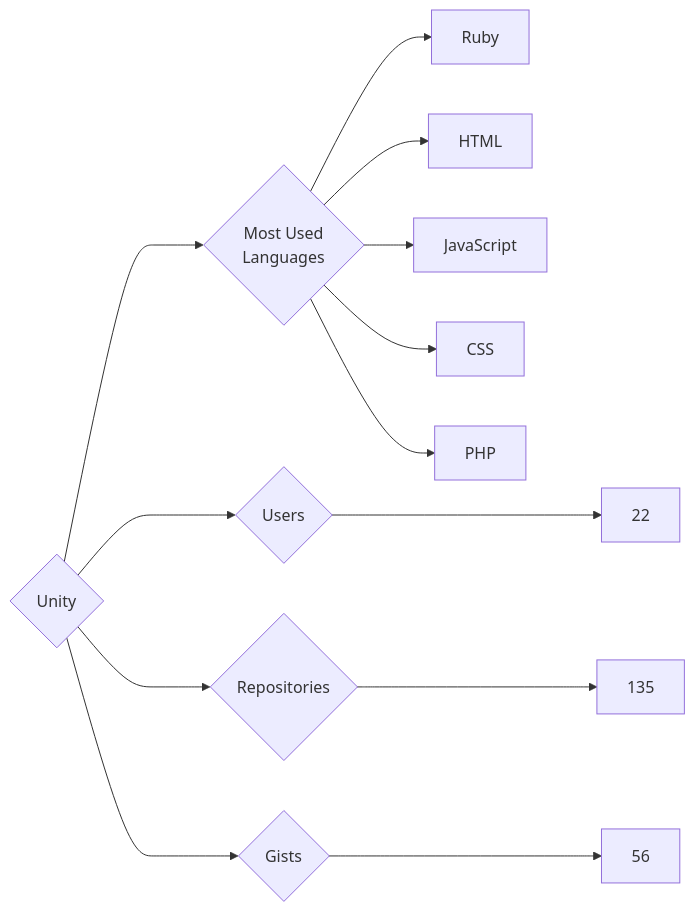
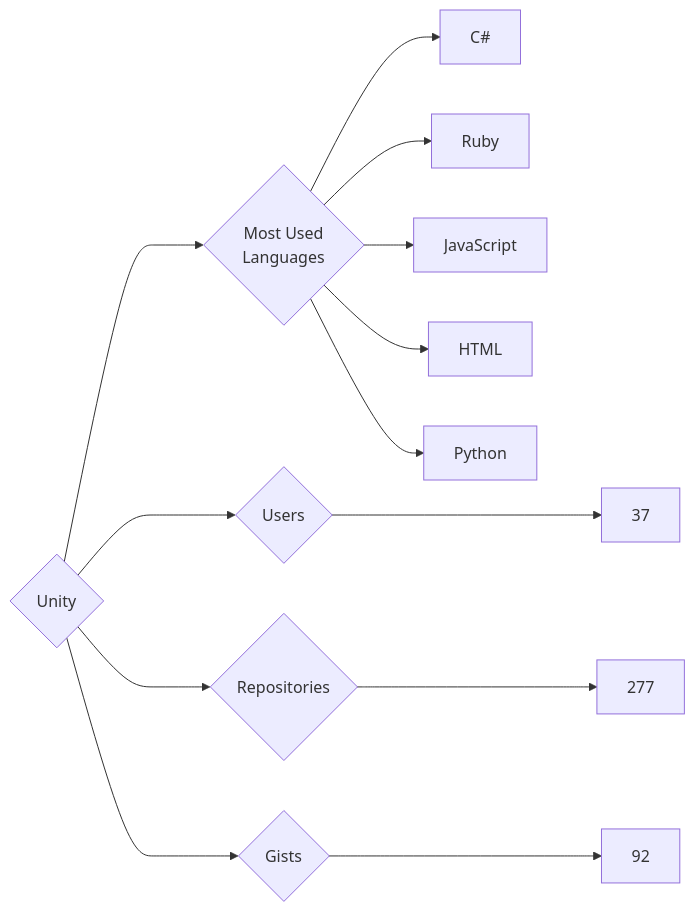
One commit to trickest/insiders changed the diagram in targets/Unity/README.md. Above: the diagram before and after it, drawn with Mermaid. The commit also changed 829 other files, not shown here.

````diff
--- a/targets/Unity/README.md
+++ b/targets/Unity/README.md
@@ -3,13 +3,13 @@
 ```mermaid
 graph LR
 COMPANY_NAME{Unity}
-COMPANY_NAME ---> U{Users} ---> UN[22]
-COMPANY_NAME ---> R{Repositories} ---> RN[135]
-COMPANY_NAME ---> G{Gists} ---> GN[56]
+COMPANY_NAME ---> U{Users} ---> UN[37]
+COMPANY_NAME ---> R{Repositories} ---> RN[277]
+COMPANY_NAME ---> G{Gists} ---> GN[92]
 COMPANY_NAME ---> ML{Most Used<br>Languages}
+ML --> C#[C#]
 ML --> Ruby[Ruby]
+ML --> JavaScript[JavaScript]
 ML --> HTML[HTML]
-ML --> JavaScript[JavaScript]
-ML --> CSS[CSS]
-ML --> PHP[PHP]
+ML --> Python[Python]
 ```
````
